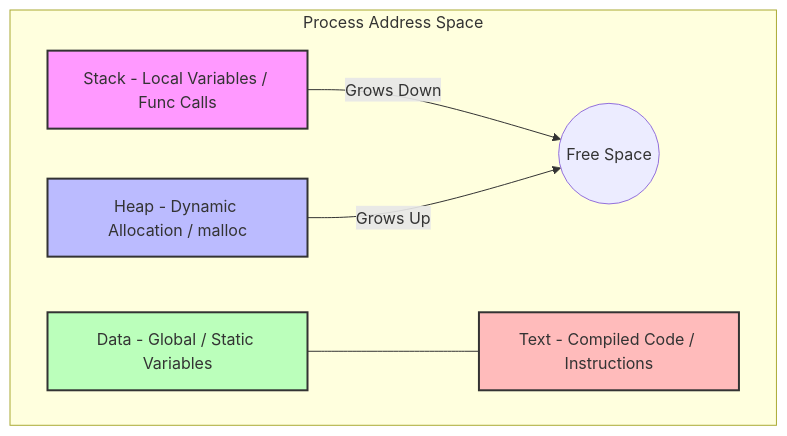
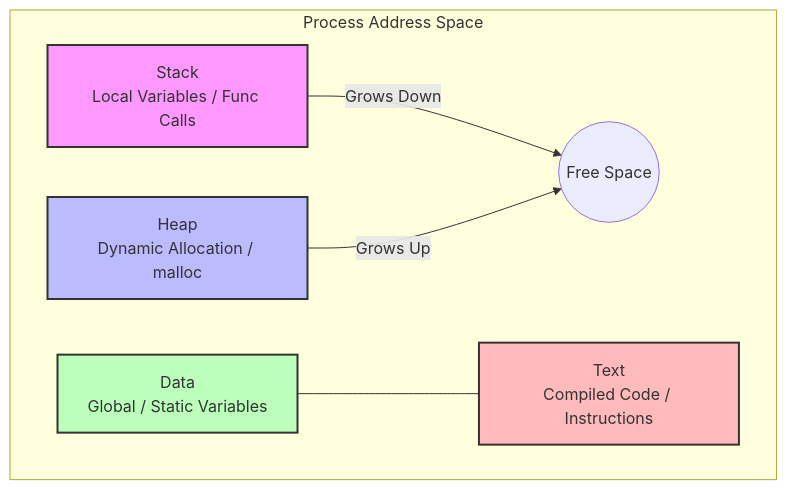
Before and after one commit to Nathan0820/vault: the second of 6 diagrams in content/CS2106/L7.md, drawn with Mermaid. The commit also changed other lines of this file and 2 other files, not shown here.

````diff
--- a/content/CS2106/L7.md
+++ b/content/CS2106/L7.md
@@ -65,19 +77,19 @@
 ```mermaid
 graph TD
     subgraph PAS["Process Address Space"]
-        Stack[Stack - Local Variables / Func Calls]
+        Stack[Stack<br/>Local Variables / Func Calls]
         Gap((Free Space))
-        Heap[Heap - Dynamic Allocation / malloc]
-        Data[Data - Global / Static Variables]
-        Text[Text - Compiled Code / Instructions]
+        Heap[Heap<br/>Dynamic Allocation / malloc]
+        Data[Data<br/>Global / Static Variables]
+        Text[Text<br/>Compiled Code / Instructions]
 
         Stack -->|Grows Down| Gap
         Heap -->|Grows Up| Gap
         Data --- Text
     end
 
     style Stack fill:#f9f,stroke:#333,stroke-width:2px
     style Heap fill:#bbf,stroke:#333,stroke-width:2px
     style Data fill:#bfb,stroke:#333,stroke-width:2px
     style Text fill:#fbb,stroke:#333,stroke-width:2px
 ```
````
